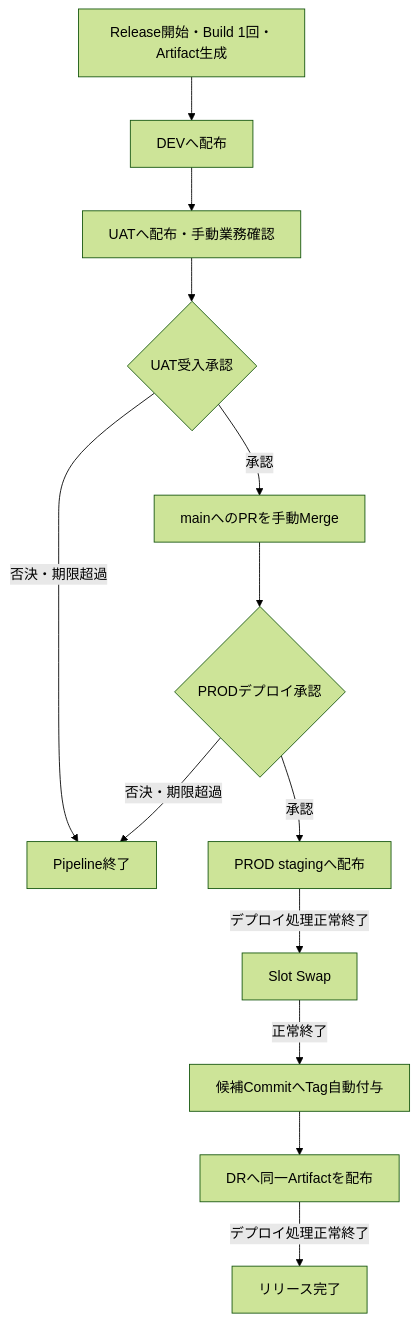
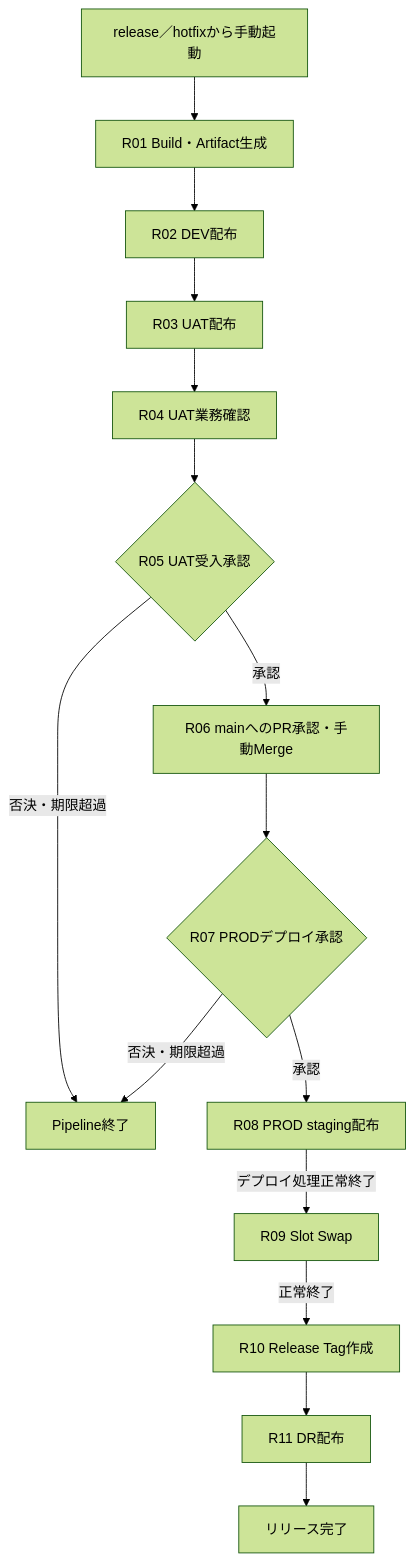
Before and after one commit to ShimaBell0619/cicd-demo: the third of 4 diagrams in docs/方式設計書/CI_CD_方式設計書.md, drawn with Mermaid (forest theme). The commit also changed other lines of this file, not shown here.

````diff
--- a/docs/方式設計書/CI_CD_方式設計書.md
+++ b/docs/方式設計書/CI_CD_方式設計書.md
@@ -148,15 +189,17 @@
 ```mermaid
 flowchart TB
-    B["Release開始・Build 1回・Artifact生成"] --> D["DEVへ配布"]
-    D --> U["UATへ配布・手動業務確認"]
-    U --> UA{"UAT受入承認"}
-    UA -->|承認| M["mainへのPRを手動Merge"]
-    UA -->|否決・期限超過| E["Pipeline終了"]
-    M --> PA{"PRODデプロイ承認"}
-    PA -->|承認| ST["PROD stagingへ配布"]
-    PA -->|否決・期限超過| E
-    ST -->|デプロイ処理正常終了| SW["Slot Swap"]
-    SW -->|正常終了| T["候補CommitへTag自動付与"]
-    T --> R["DRへ同一Artifactを配布"]
-    R -->|デプロイ処理正常終了| F["リリース完了"]
+    S["release／hotfixから手動起動"] --> R01["R01 Build・Artifact生成"]
+    R01 --> R02["R02 DEV配布"]
+    R02 --> R03["R03 UAT配布"]
+    R03 --> R04["R04 UAT業務確認"]
+    R04 --> R05{"R05 UAT受入承認"}
+    R05 -->|承認| R06["R06 mainへのPR承認・手動Merge"]
+    R05 -->|否決・期限超過| E["Pipeline終了"]
+    R06 --> R07{"R07 PRODデプロイ承認"}
+    R07 -->|承認| R08["R08 PROD staging配布"]
+    R07 -->|否決・期限超過| E
+    R08 -->|デプロイ処理正常終了| R09["R09 Slot Swap"]
+    R09 -->|正常終了| R10["R10 Release Tag作成"]
+    R10 --> R11["R11 DR配布"]
+    R11 --> F["リリース完了"]
 ```
````
